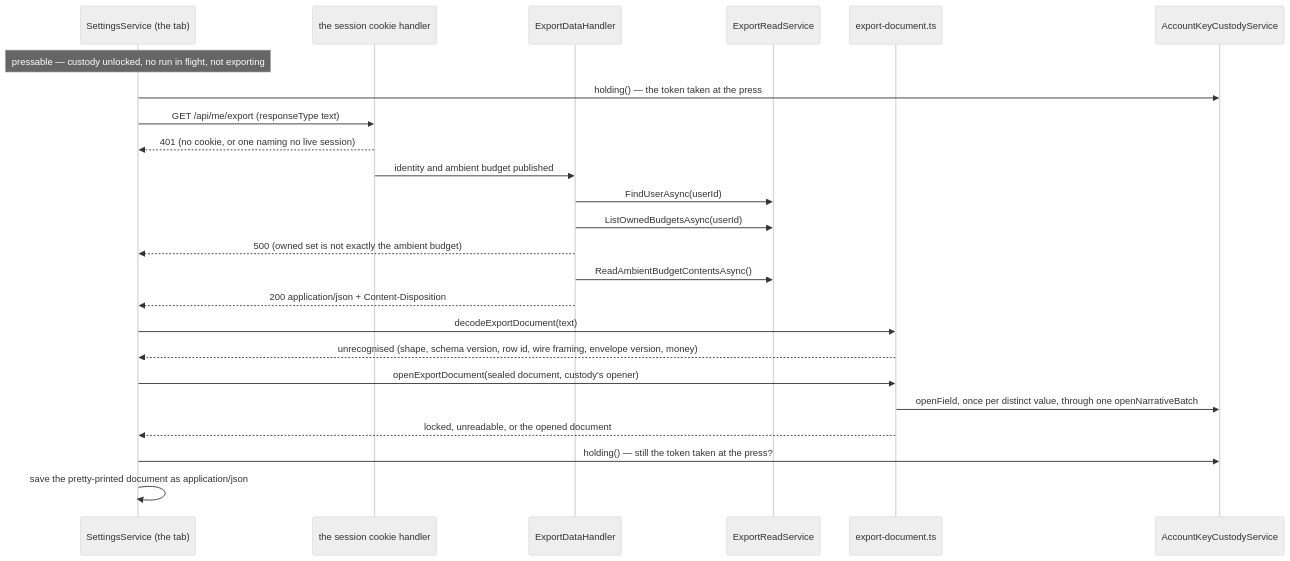
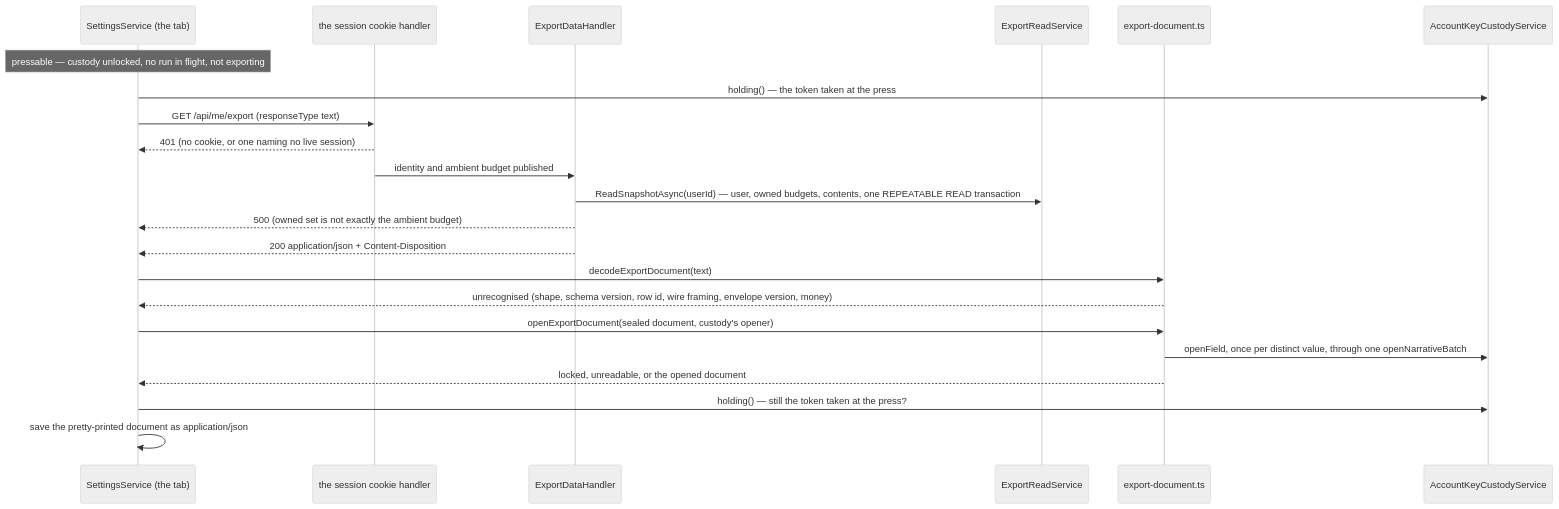
Before and after one commit to anton-kochev/budgetoid: the second of 2 diagrams in docs/business-logic/export.md, drawn with Mermaid (neutral theme). The commit also changed other lines of this file and 12 other files, not shown here.

````diff
--- a/docs/business-logic/export.md
+++ b/docs/business-logic/export.md
@@ -547,26 +557,24 @@
 ```mermaid
 sequenceDiagram
     participant S as SettingsService (the tab)
     participant M as the session cookie handler
     participant H as ExportDataHandler
     participant R as ExportReadService
     participant D as export-document.ts
     participant K as AccountKeyCustodyService
     Note over S: pressable — custody unlocked, no run in flight, not exporting
     S->>K: holding() — the token taken at the press
     S->>M: GET /api/me/export (responseType text)
     M-->>S: 401 (no cookie, or one naming no live session)
     M->>H: identity and ambient budget published
-    H->>R: FindUserAsync(userId)
-    H->>R: ListOwnedBudgetsAsync(userId)
+    H->>R: ReadSnapshotAsync(userId) — user, owned budgets, contents, one REPEATABLE READ transaction
     H-->>S: 500 (owned set is not exactly the ambient budget)
-    H->>R: ReadAmbientBudgetContentsAsync()
     H-->>S: 200 application/json + Content-Disposition
     S->>D: decodeExportDocument(text)
     D-->>S: unrecognised (shape, schema version, row id, wire framing, envelope version, money)
     S->>D: openExportDocument(sealed document, custody's opener)
     D->>K: openField, once per distinct value, through one openNarrativeBatch
     D-->>S: locked, unreadable, or the opened document
     S->>K: holding() — still the token taken at the press?
     S->>S: save the pretty-printed document as application/json
 ```
````
